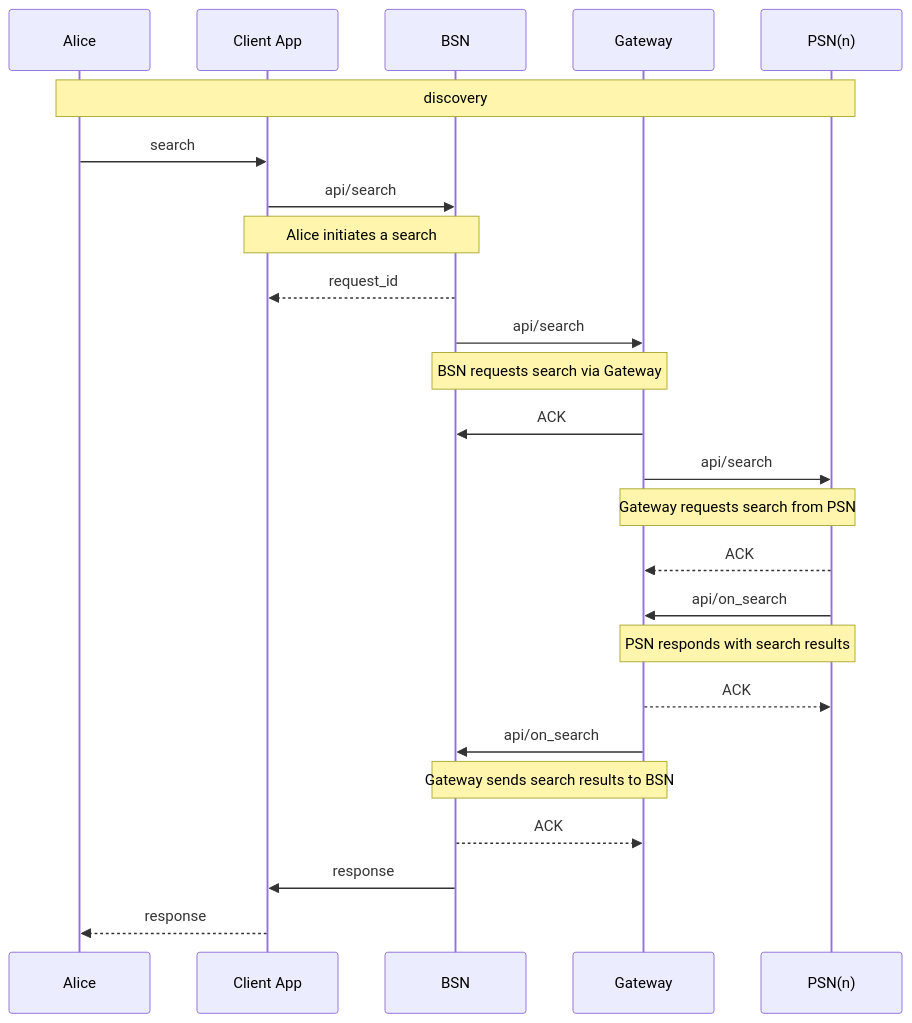
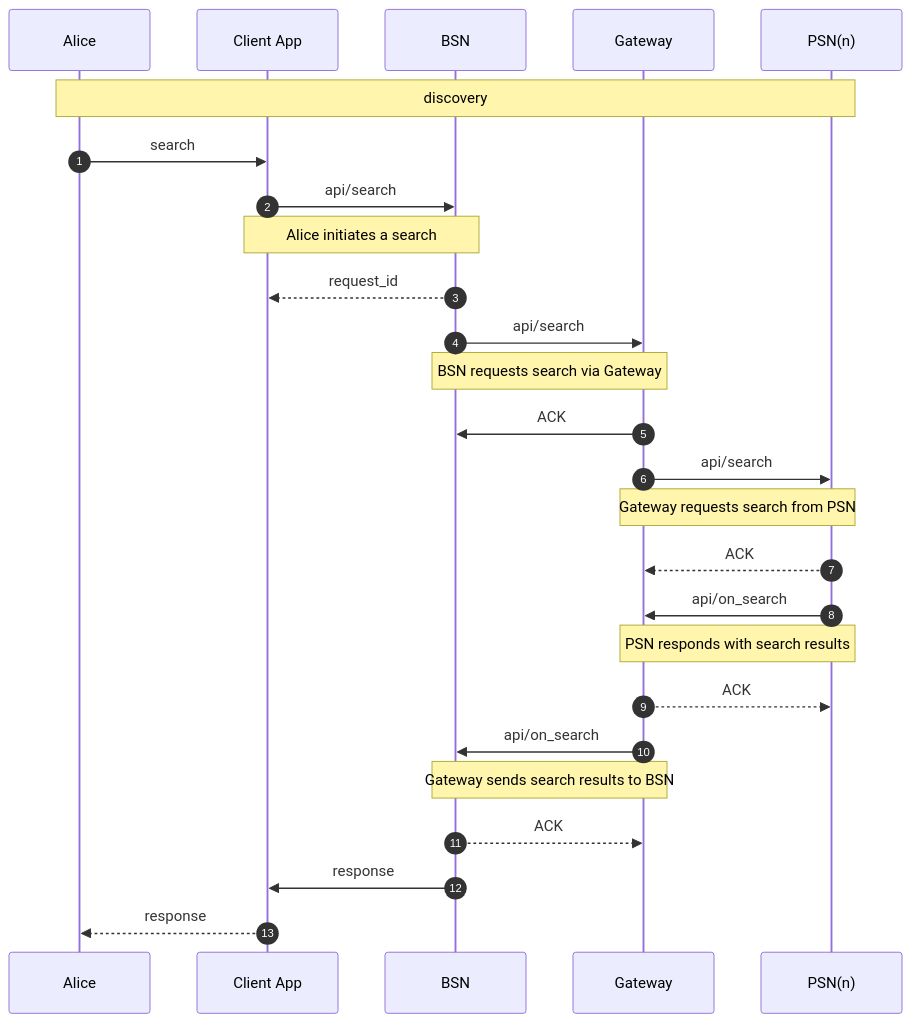
Before and after one commit to Palette-Labs-Inc/protocol: the second of 2 diagrams in docs/OVERVIEW.md, drawn with Mermaid. The commit also changed other lines of this file, not shown here.

````diff
--- a/docs/OVERVIEW.md
+++ b/docs/OVERVIEW.md
@@ -51,28 +72,29 @@
 ```mermaid
 sequenceDiagram
+    autonumber
     participant Alice as Alice
     participant ClientApp as Client App
     participant BSN as BSN
     participant Gateway as Gateway
     participant PSNn as PSN(n)
 
     Note over Alice, PSNn: discovery
     Alice->>ClientApp: search
     ClientApp->>BSN: api/search
     Note over ClientApp,BSN: Alice initiates a search
     BSN-->>ClientApp: request_id
     BSN->>Gateway: api/search
     Note over BSN,Gateway: BSN requests search via Gateway
     Gateway->>BSN: ACK
     Gateway->>PSNn: api/search
     Note over Gateway,PSNn: Gateway requests search from PSN
     PSNn-->>Gateway: ACK
     PSNn->>Gateway: api/on_search
     Note over PSNn,Gateway: PSN responds with search results
     Gateway-->>PSNn: ACK
     Gateway->>BSN: api/on_search
     Note over Gateway,BSN: Gateway sends search results to BSN
     BSN-->>Gateway: ACK
     BSN->>ClientApp: response
     ClientApp-->>Alice: response
 ```
````
